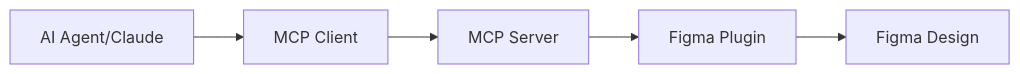
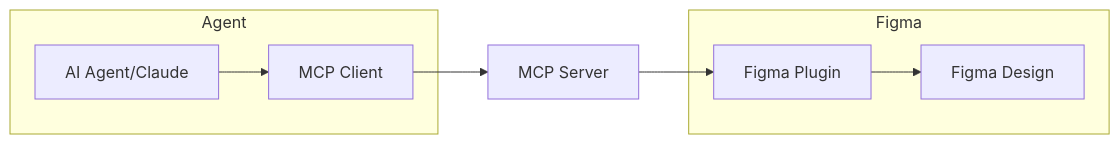
Before and after one commit to oO/figma-mcp-write-server: the diagram in README.md, drawn with Mermaid. The commit also changed other lines of this file and 5 other files, not shown here.

````diff
--- a/README.md
+++ b/README.md
@@ -35,7 +38,11 @@
 ```mermaid
 graph LR
-    A[AI Agent/Claude] --> B[MCP Client]
+    subgraph Agent
+        A[AI Agent/Claude] --> B[MCP Client]
+    end
+    subgraph Figma
+        D[Figma Plugin] --> E[Figma Design]
+    end
     B --> C[MCP Server]
-    C --> D[Figma Plugin]
-    D --> E[Figma Design]
+    C --> D
 ```
````
